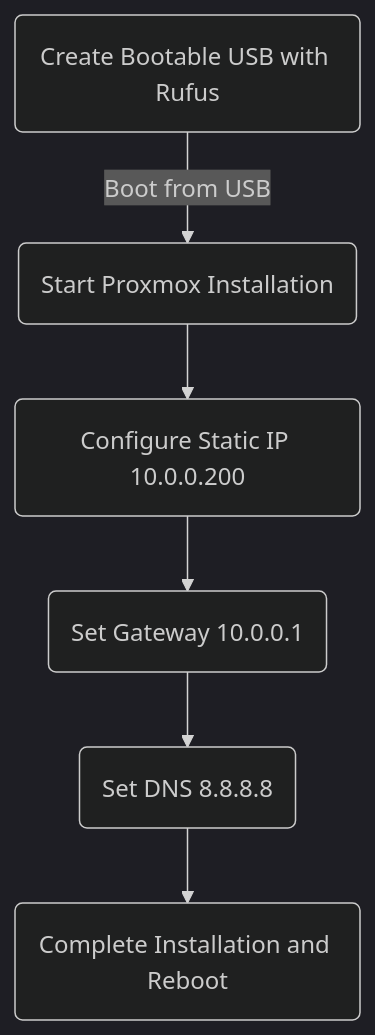
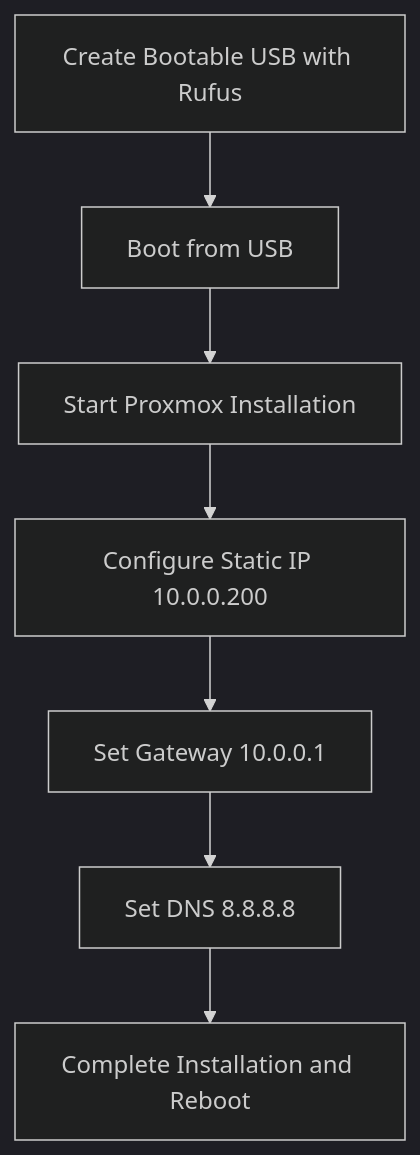
One commit to ccook451/Ultimate-SEAR-Security-Lab changed the first of 5 diagrams in docs/Proxmox_Setup.md. Above: the diagram before and after it, drawn with Mermaid (dark theme). The commit also changed other lines of this file, not shown here.

````diff
--- a/docs/Proxmox_Setup.md
+++ b/docs/Proxmox_Setup.md
@@ -18,8 +18,9 @@
 ```mermaid
 graph TD;
-    A(Create Bootable USB with Rufus) -->|Boot from USB| B(Start Proxmox Installation);
-    B --> C(Configure Static IP 10.0.0.200);
-    C --> D(Set Gateway 10.0.0.1);
-    D --> E(Set DNS 8.8.8.8);
-    E --> F(Complete Installation and Reboot);
+    A[Create Bootable USB with Rufus] --> B[Boot from USB];
+    B --> C[Start Proxmox Installation];
+    C --> D[Configure Static IP 10.0.0.200];
+    D --> E[Set Gateway 10.0.0.1];
+    E --> F[Set DNS 8.8.8.8];
+    F --> G[Complete Installation and Reboot];
 ```
````
